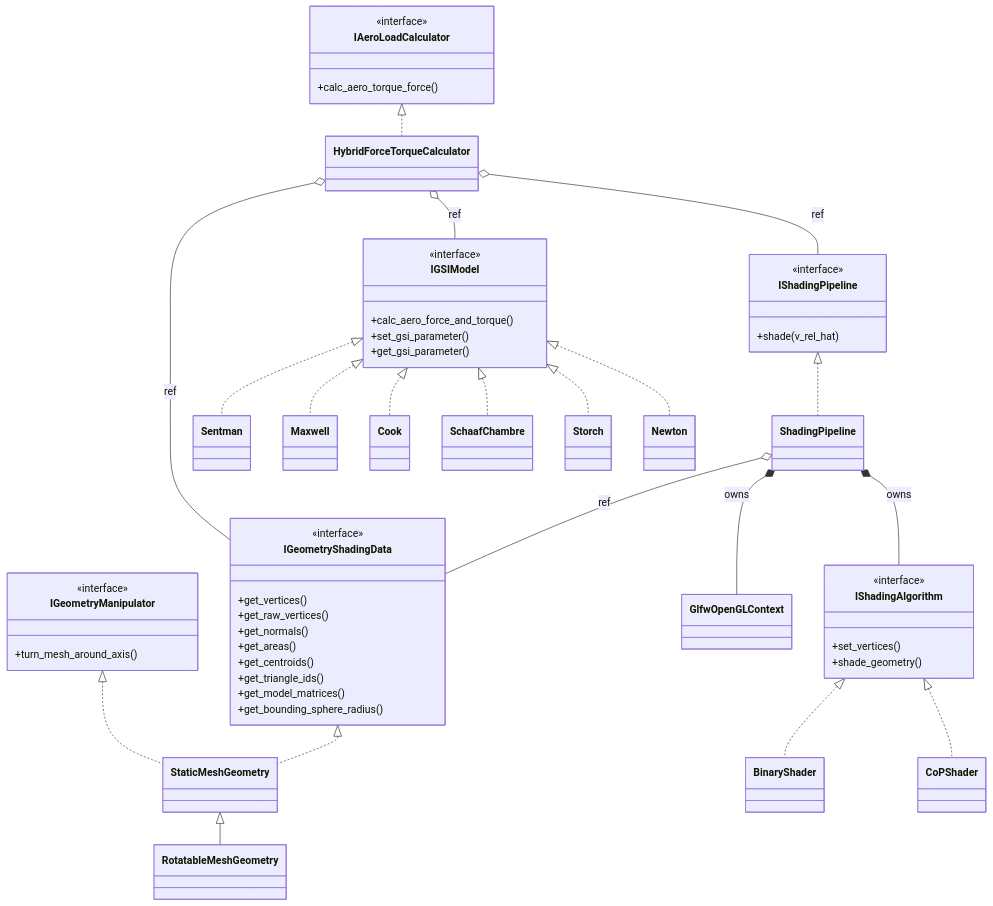
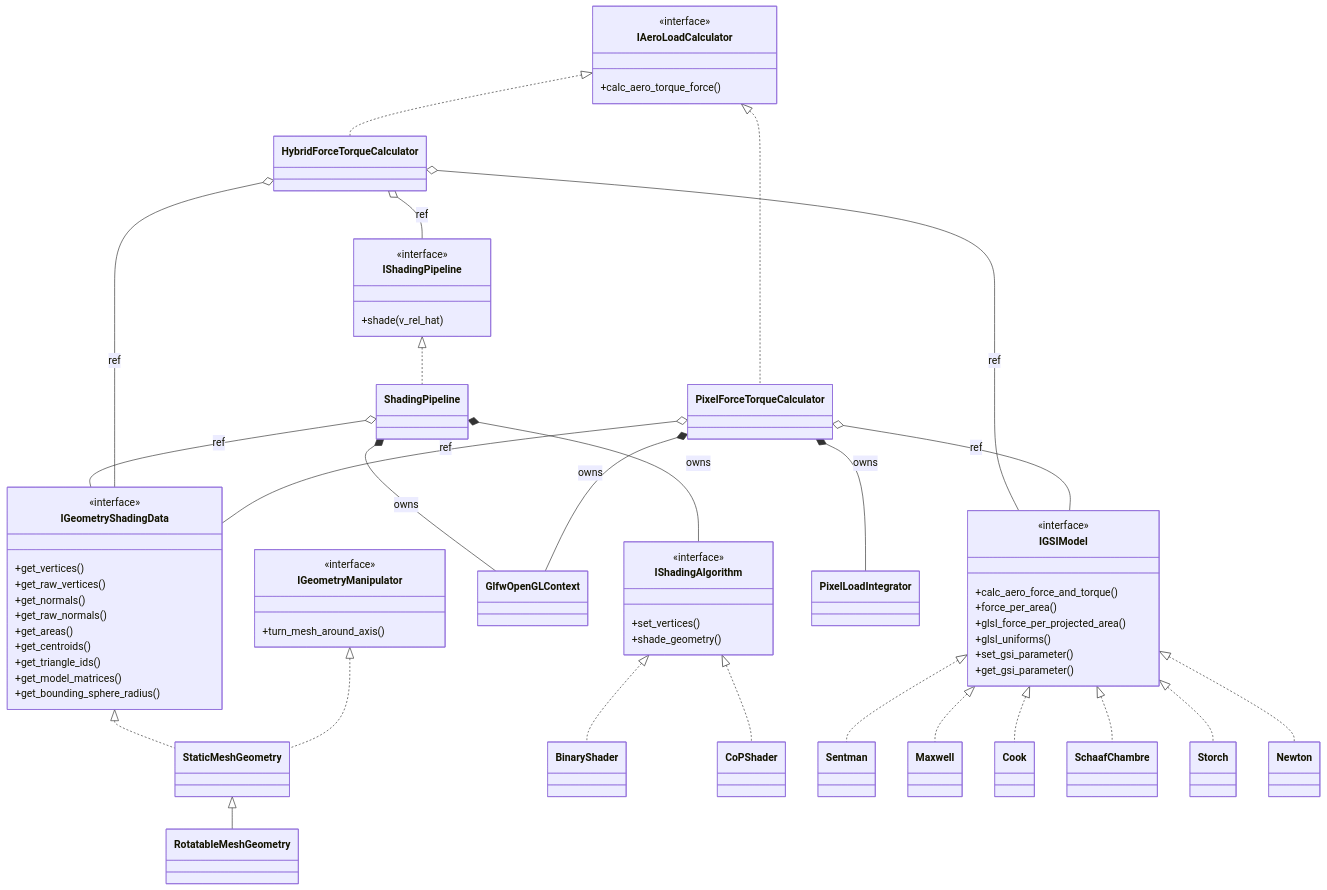
Before and after one commit to ifrunistuttgart/vleo-aerodynamics-tool: the diagram in docs/architecture.md, drawn with Mermaid. The commit also changed other lines of this file and 1 other file, not shown here.

Commit message:
Document PixelForceTorqueCalculator in README and architecture

````diff
--- a/docs/architecture.md
+++ b/docs/architecture.md
@@ -16,6 +16,7 @@
         +get_vertices()
         +get_raw_vertices()
         +get_normals()
+        +get_raw_normals()
         +get_areas()
         +get_centroids()
         +get_triangle_ids()
@@ -49,10 +50,15 @@
         +calc_aero_torque_force()
     }
     class HybridForceTorqueCalculator
+    class PixelForceTorqueCalculator
+    class PixelLoadIntegrator
 
     class IGSIModel {
         <<interface>>
         +calc_aero_force_and_torque()
+        +force_per_area()
+        +glsl_force_per_projected_area()
+        +glsl_uniforms()
         +set_gsi_parameter()
         +get_gsi_parameter()
     }
@@ -72,6 +78,7 @@
     IShadingAlgorithm <|.. CoPShader
 
     IAeroLoadCalculator <|.. HybridForceTorqueCalculator
+    IAeroLoadCalculator <|.. PixelForceTorqueCalculator
 
     IGSIModel <|.. Sentman
     IGSIModel <|.. Maxwell
@@ -87,4 +94,9 @@
     HybridForceTorqueCalculator o-- IGeometryShadingData : ref
     HybridForceTorqueCalculator o-- IShadingPipeline : ref
     HybridForceTorqueCalculator o-- IGSIModel : ref
+
+    PixelForceTorqueCalculator *-- GlfwOpenGLContext : owns
+    PixelForceTorqueCalculator *-- PixelLoadIntegrator : owns
+    PixelForceTorqueCalculator o-- IGeometryShadingData : ref
+    PixelForceTorqueCalculator o-- IGSIModel : ref
 ```
````
